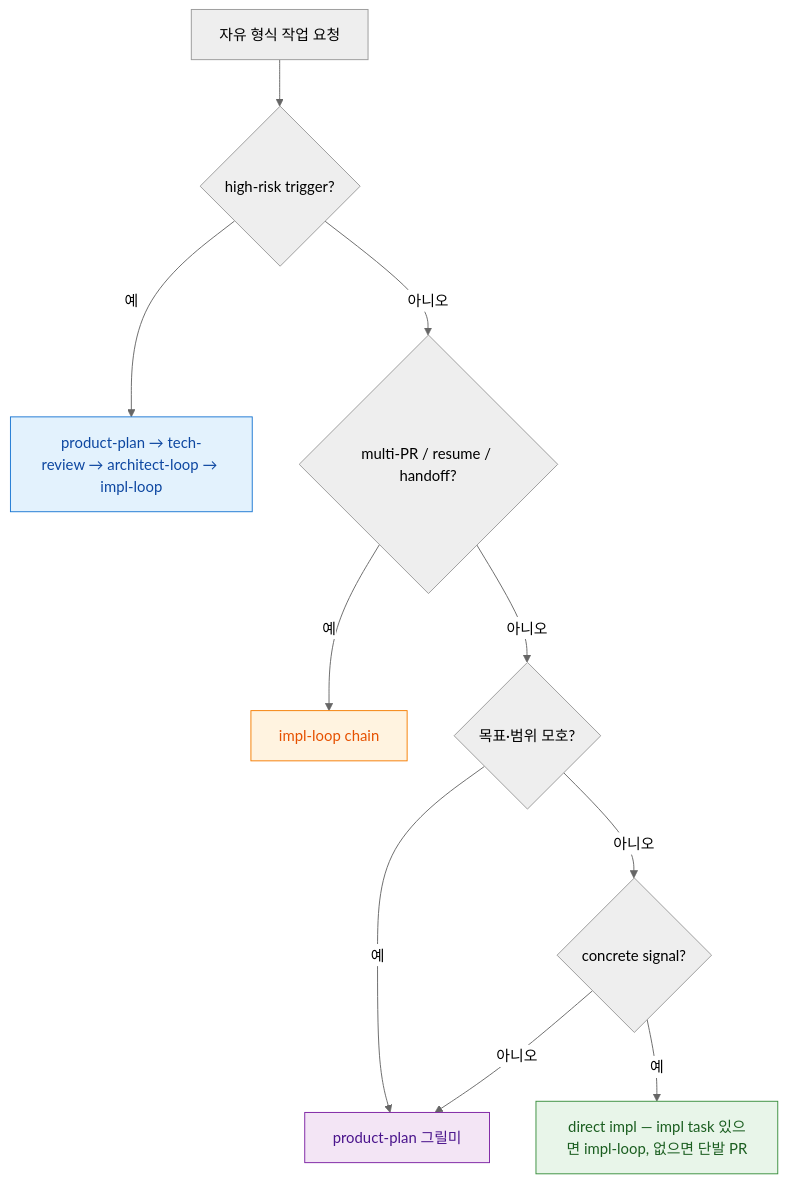
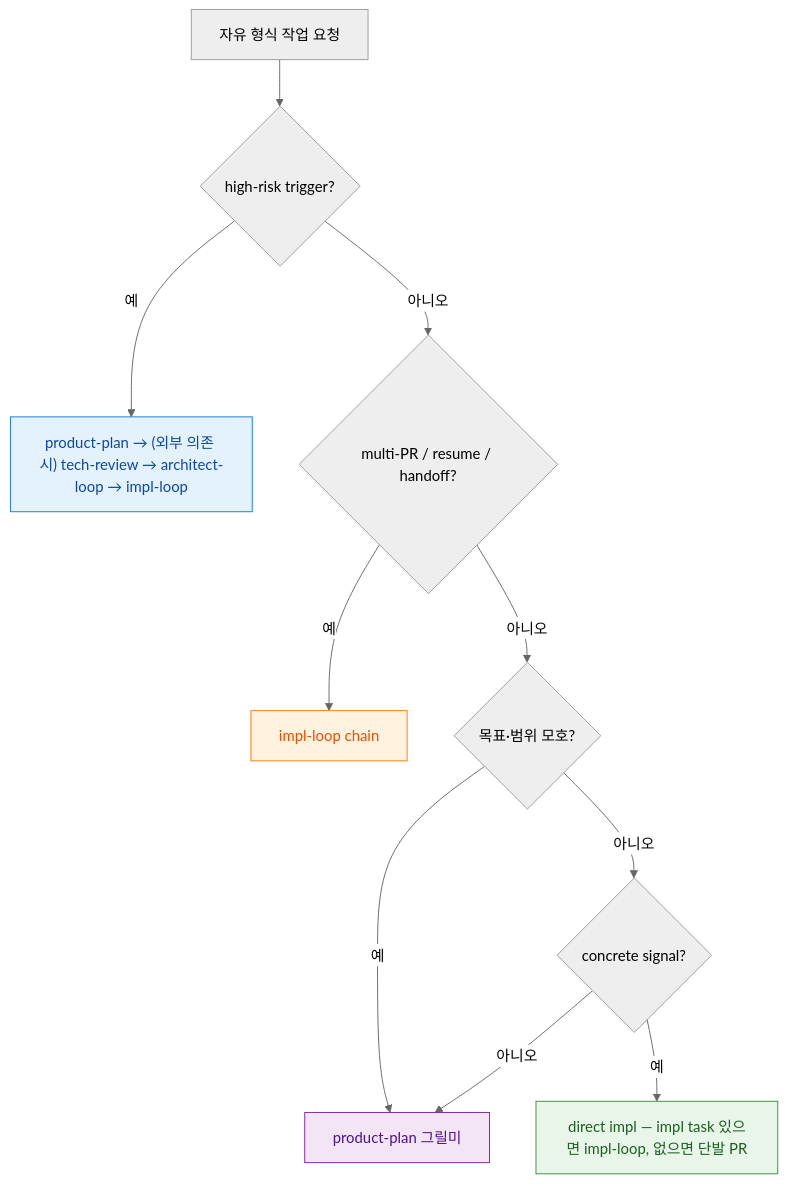
One commit to Daeguk-Sun/dcNess changed the diagram in docs/plugin/workflow-router.md. Above: the diagram before and after it, drawn with Mermaid (neutral theme).

Commit message:
[docs] workflow-router T3 그래프 tech-review 조건부화
## 관련 이슈 번호
#586

## 작업내용
- mermaid T3 노드: tech-review 를 무조건 → "(외부 의존 시)" 조건부로 수정. tier 표 + product-plan-routing.md(외부 의존 0개 skip) 와 정합. (codex review P2)

## Test Plan
- [x] cross-ref PASS

````diff
--- a/docs/plugin/workflow-router.md
+++ b/docs/plugin/workflow-router.md
@@ -33,21 +33,21 @@
 ```mermaid
 flowchart TB
   REQ["자유 형식 작업 요청"] --> HR{"high-risk trigger?"}
-  HR -->|예| T3["product-plan → tech-review → architect-loop → impl-loop"]
+  HR -->|예| T3["product-plan → (외부 의존 시) tech-review → architect-loop → impl-loop"]
   HR -->|아니오| MP{"multi-PR / resume / handoff?"}
   MP -->|예| T4["impl-loop chain"]
   MP -->|아니오| AM{"목표·범위 모호?"}
   AM -->|예| T2["product-plan 그릴미"]
   AM -->|아니오| CS{"concrete signal?"}
   CS -->|예| T1["direct impl — impl task 있으면 impl-loop, 없으면 단발 PR"]
   CS -->|아니오| T2
 
   classDef gate fill:#e3f2fd,stroke:#1976d2,color:#0d47a1
   classDef shape fill:#fff3e0,stroke:#f57c00,color:#e65100
   classDef clar fill:#f3e5f5,stroke:#7b1fa2,color:#4a148c
   classDef direct fill:#e8f5e9,stroke:#388e3c,color:#1b5e20
   class T3 gate
   class T4 shape
   class T2 clar
   class T1 direct
 ```
````
